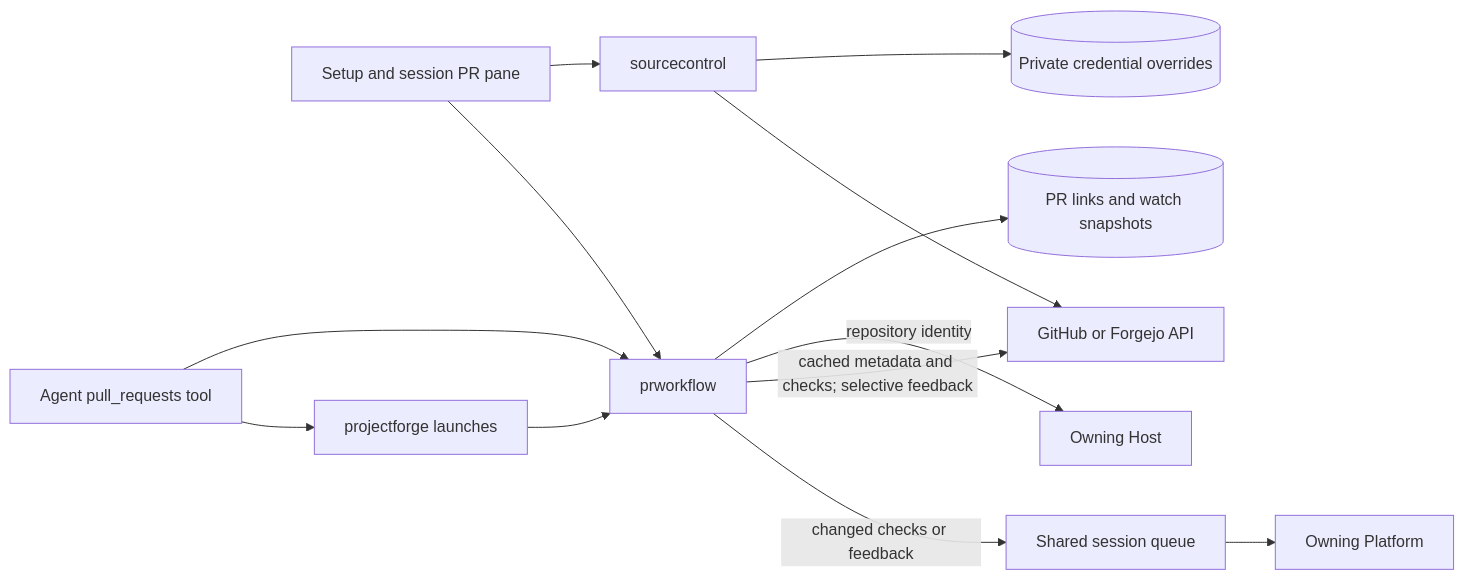
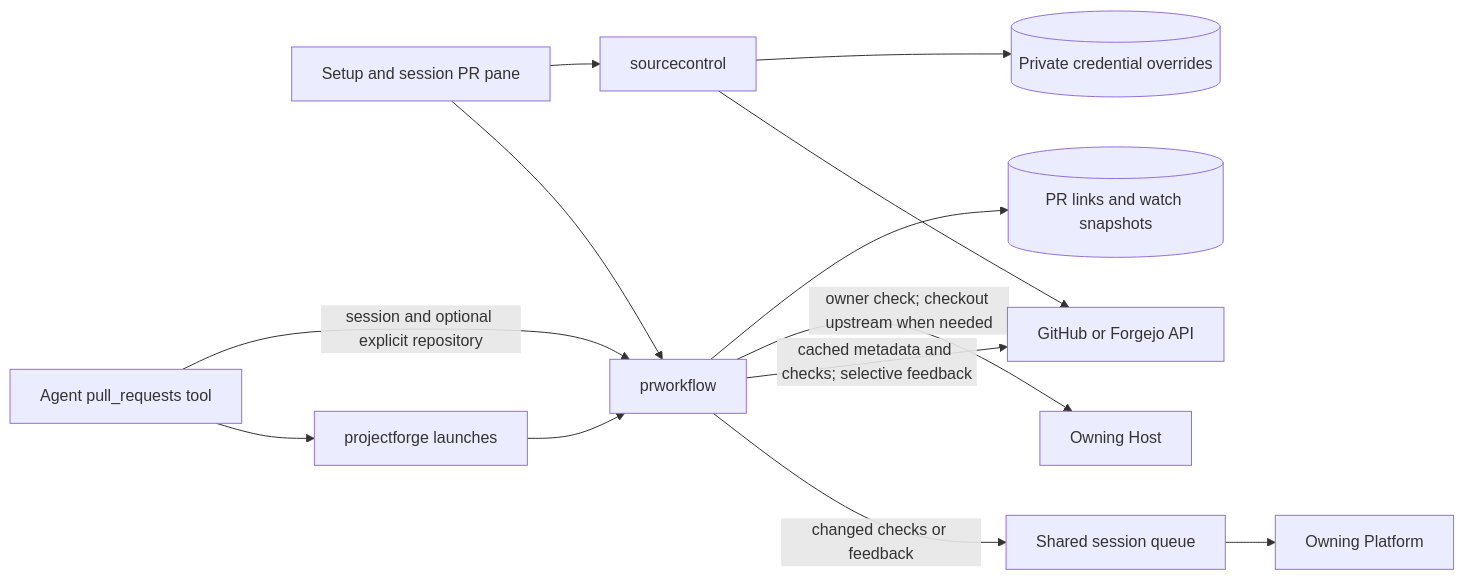
The fifth of 21 diagrams in docs/other/architecture.md (ocman/ocman), drawn with Mermaid before and after one commit. The commit also changed other lines of this file and 16 other files, not shown here.

````diff
--- a/docs/other/architecture.md
+++ b/docs/other/architecture.md
@@ -155,15 +155,15 @@
 ```mermaid
 flowchart LR
     UI[Setup and session PR pane] --> Setup[sourcecontrol]
     UI --> Workflow[prworkflow]
-    MCP[Agent pull_requests tool] --> Workflow
+    MCP[Agent pull_requests tool] -->|session and optional explicit repository| Workflow
     MCP --> Launch
     Launch[projectforge launches] --> Workflow
     Setup --> Credentials[(Private credential overrides)]
     Workflow --> Links[(PR links and watch snapshots)]
-    Workflow -->|repository identity| Host[Owning Host]
+    Workflow -->|owner check; checkout upstream when needed| Host[Owning Host]
     Workflow -->|cached metadata and checks; selective feedback| Forge[GitHub or Forgejo API]
     Setup --> Forge
     Workflow -->|changed checks or feedback| Queue[Shared session queue]
     Queue --> Platform[Owning Platform]
 ```
````
